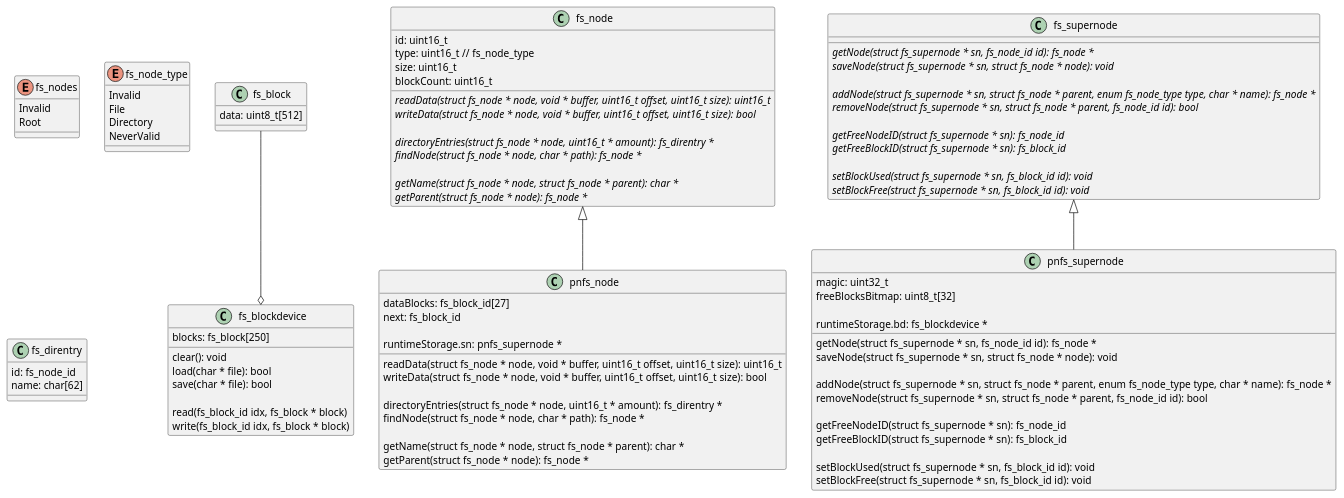
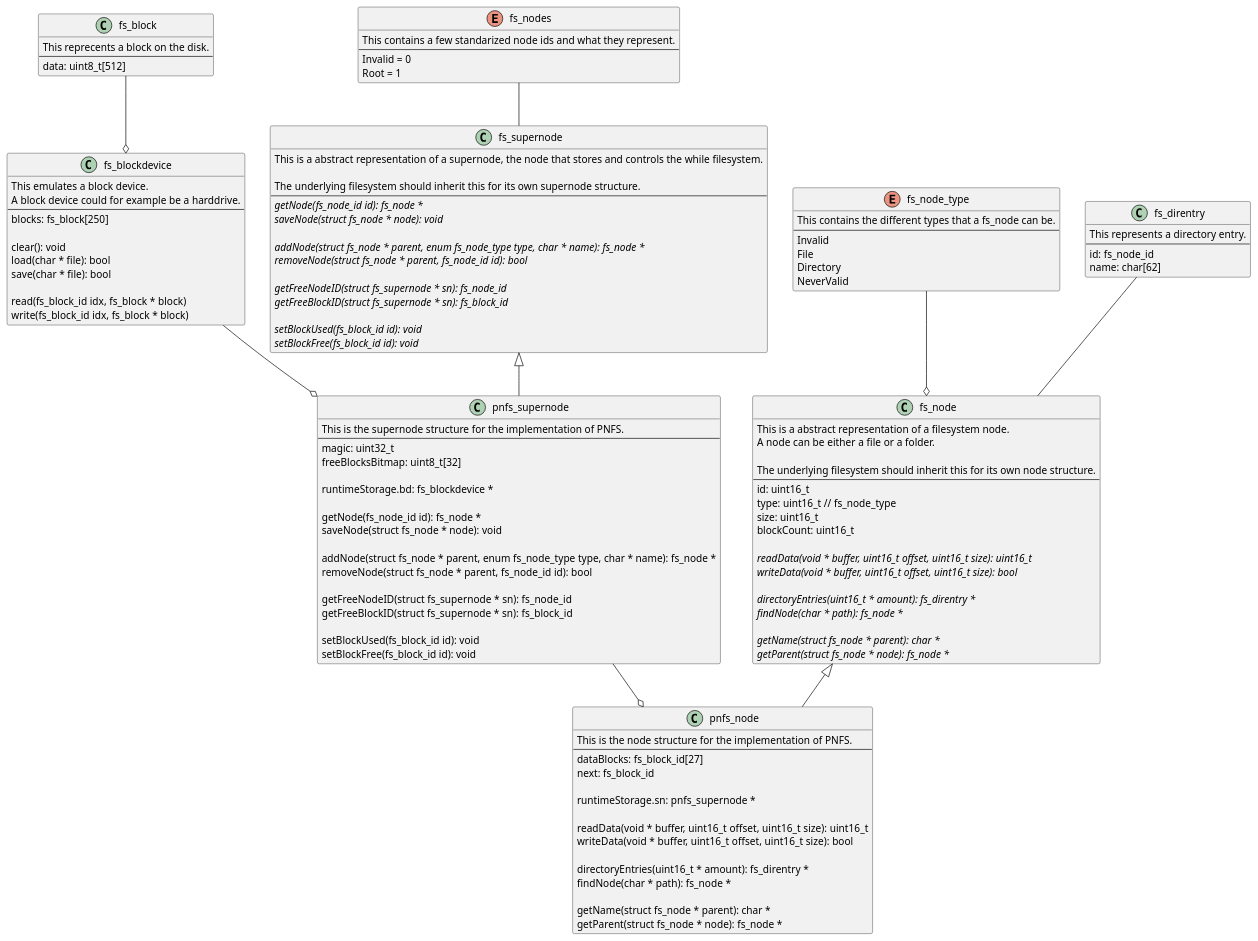
One commit to Vild/PNFS changed the first of 2 diagrams in README.org. Above: the diagram before and after it, drawn with PlantUML. The commit also changed other lines of this file and 3 other files, not shown here.

Commit message:
Updated some diagrams

```diff
--- a/README.org
+++ b/README.org
@@ -27,101 +27,130 @@
  #+begin_src plantuml :file images/classdiagram.png :exports results
 
- class fs_block {
-	 data: uint8_t[512]
- }
+   class fs_block {
+     This reprecents a block on the disk.
+     ---
+     data: uint8_t[512]
+   }
 
- class fs_blockdevice {
-	 blocks: fs_block[250]
+   class fs_blockdevice {
+     This emulates a block device.
+     A block device could for example be a harddrive.
+     ---
+     blocks: fs_block[250]
 
-	 clear(): void
-	 load(char * file): bool
-	 save(char * file): bool
+     clear(): void
+     load(char * file): bool
+     save(char * file): bool
 
-	 read(fs_block_id idx, fs_block * block)
-	 write(fs_block_id idx, fs_block * block)
- }
- fs_block --o fs_blockdevice
+     read(fs_block_id idx, fs_block * block)
+     write(fs_block_id idx, fs_block * block)
+   }
+   fs_block --o fs_blockdevice
 
- class fs_node {
-	 id: uint16_t
-	 type: uint16_t // fs_node_type
-	 size: uint16_t
-	 blockCount: uint16_t
+   class fs_node {
+     This is a abstract representation of a filesystem node.
+     A node can be either a file or a folder.
+  
+     The underlying filesystem should inherit this for its own node structure.
+     ---
+     id: uint16_t
+     type: uint16_t // fs_node_type
+     size: uint16_t
+     blockCount: uint16_t
 
-	 {abstract} readData(struct fs_node * node, void * buffer, uint16_t offset, uint16_t size): uint16_t
-	 {abstract} writeData(struct fs_node * node, void * buffer, uint16_t offset, uint16_t size): bool
+     {abstract} readData(void * buffer, uint16_t offset, uint16_t size): uint16_t
+     {abstract} writeData(void * buffer, uint16_t offset, uint16_t size): bool
 
-	 {abstract} directoryEntries(struct fs_node * node, uint16_t * amount): fs_direntry *
-	 {abstract} findNode(struct fs_node * node, char * path): fs_node *
+     {abstract} directoryEntries(uint16_t * amount): fs_direntry *
+     {abstract} findNode(char * path): fs_node *
 
-	 {abstract} getName(struct fs_node * node, struct fs_node * parent): char *
-	 {abstract} getParent(struct fs_node * node): fs_node *
- }
+     {abstract} getName(struct fs_node * parent): char *
+     {abstract} getParent(struct fs_node * node): fs_node *
+   }
 
- class fs_supernode {
-	 {abstract} getNode(struct fs_supernode * sn, fs_node_id id): fs_node *
-	 {abstract} saveNode(struct fs_supernode * sn, struct fs_node * node): void
+   class fs_supernode {
+     This is a abstract representation of a supernode, the node that stores and controls the while filesystem.
 
-	 {abstract} addNode(struct fs_supernode * sn, struct fs_node * parent, enum fs_node_type type, char * name): fs_node *
-	 {abstract} removeNode(struct fs_supernode * sn, struct fs_node * parent, fs_node_id id): bool
+     The underlying filesystem should inherit this for its own supernode structure.
+     ---
+     {abstract} getNode(fs_node_id id): fs_node *
+     {abstract} saveNode(struct fs_node * node): void
 
-	 {abstract} getFreeNodeID(struct fs_supernode * sn): fs_node_id
-	 {abstract} getFreeBlockID(struct fs_supernode * sn): fs_block_id
+     {abstract} addNode(struct fs_node * parent, enum fs_node_type type, char * name): fs_node *
+     {abstract} removeNode(struct fs_node * parent, fs_node_id id): bool
 
-	 {abstract} setBlockUsed(struct fs_supernode * sn, fs_block_id id): void
-	 {abstract} setBlockFree(struct fs_supernode * sn, fs_block_id id): void
- }
+     {abstract} getFreeNodeID(struct fs_supernode * sn): fs_node_id
+     {abstract} getFreeBlockID(struct fs_supernode * sn): fs_block_id
 
- enum fs_nodes {
-	 Invalid
-	 Root
- }
+     {abstract} setBlockUsed(fs_block_id id): void
+     {abstract} setBlockFree(fs_block_id id): void
+   }
 
- enum fs_node_type {
-	 Invalid
-	 File
-	 Directory
-	 NeverValid
- }
+   enum fs_nodes {
+     This contains a few standarized node ids and what they represent.
+     ---
+     Invalid = 0
+     Root = 1
+   }
+   fs_nodes -- fs_supernode
 
- class fs_direntry {
-	 id: fs_node_id 
-	 name: char[62]
- }
+   enum fs_node_type {
+     This contains the different types that a fs_node can be.
+     ---
+     Invalid
+     File
+     Directory
+     NeverValid
+   }
+   fs_node_type --o fs_node
 
- class pnfs_node extends fs_node {
-	 dataBlocks: fs_block_id[27]
-	 next: fs_block_id
+   class fs_direntry {
+     This represents a directory entry.
+     ---
+     id: fs_node_id 
+     name: char[62]
+   }
+   fs_direntry -- fs_node
 
-	 runtimeStorage.sn: pnfs_supernode *
+   class pnfs_node extends fs_node {
+     This is the node structure for the implementation of PNFS.
+     ---
+     dataBlocks: fs_block_id[27]
+     next: fs_block_id
 
-	 readData(struct fs_node * node, void * buffer, uint16_t offset, uint16_t size): uint16_t
-	 writeData(struct fs_node * node, void * buffer, uint16_t offset, uint16_t size): bool
+     runtimeStorage.sn: pnfs_supernode *
 
-	 directoryEntries(struct fs_node * node, uint16_t * amount): fs_direntry *
-	 findNode(struct fs_node * node, char * path): fs_node *
+     readData(void * buffer, uint16_t offset, uint16_t size): uint16_t
+     writeData(void * buffer, uint16_t offset, uint16_t size): bool
 
-	 getName(struct fs_node * node, struct fs_node * parent): char *
-	 getParent(struct fs_node * node): fs_node *
- }
+     directoryEntries(uint16_t * amount): fs_direntry *
+     findNode(char * path): fs_node *
 
- class pnfs_supernode extends fs_supernode {
-	 magic: uint32_t
-	 freeBlocksBitmap: uint8_t[32]
+     getName(struct fs_node * parent): char *
+     getParent(struct fs_node * node): fs_node *
+   }
+   pnfs_supernode --o pnfs_node
 
-	 runtimeStorage.bd: fs_blockdevice *
+   class pnfs_supernode extends fs_supernode {
+     This is the supernode structure for the implementation of PNFS.
+     ---
+     magic: uint32_t
+     freeBlocksBitmap: uint8_t[32]
 
-	 getNode(struct fs_supernode * sn, fs_node_id id): fs_node *
-	 saveNode(struct fs_supernode * sn, struct fs_node * node): void
+     runtimeStorage.bd: fs_blockdevice *
 
-	 addNode(struct fs_supernode * sn, struct fs_node * parent, enum fs_node_type type, char * name): fs_node *
-	 removeNode(struct fs_supernode * sn, struct fs_node * parent, fs_node_id id): bool
+     getNode(fs_node_id id): fs_node *
+     saveNode(struct fs_node * node): void
 
-	 getFreeNodeID(struct fs_supernode * sn): fs_node_id
-	 getFreeBlockID(struct fs_supernode * sn): fs_block_id
+     addNode(struct fs_node * parent, enum fs_node_type type, char * name): fs_node *
+     removeNode(struct fs_node * parent, fs_node_id id): bool
 
-	 setBlockUsed(struct fs_supernode * sn, fs_block_id id): void
-	 setBlockFree(struct fs_supernode * sn, fs_block_id id): void
- }
+     getFreeNodeID(struct fs_supernode * sn): fs_node_id
+     getFreeBlockID(struct fs_supernode * sn): fs_block_id
+
+     setBlockUsed(fs_block_id id): void
+     setBlockFree(fs_block_id id): void
+   }
+   fs_blockdevice --o pnfs_supernode
 
  #+end_src
```
